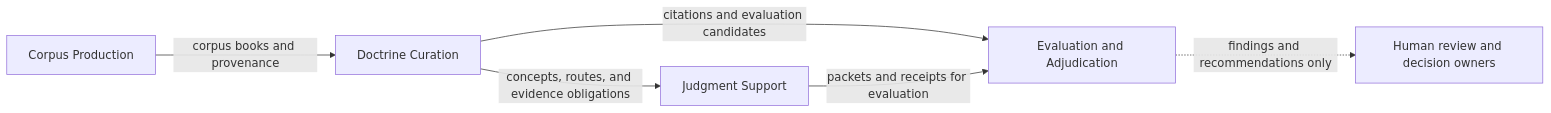
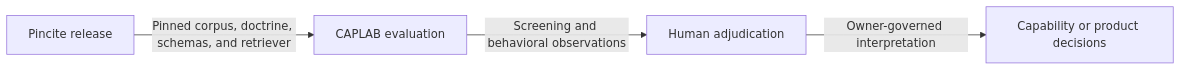
The diagram in docs/domain/context-map.md (halbritt/caplab), drawn with Mermaid before and after one commit. The commit also changed other lines of this file and 3239 other files, not shown here.

Commit message:
Separate Pincite and adopt CAPLAB identity

````diff
--- a/docs/domain/context-map.md
+++ b/docs/domain/context-map.md
@@ -28,8 +20,6 @@
 ```mermaid
 flowchart LR
-  CP[Corpus Production] -->|corpus books and provenance| DC[Doctrine Curation]
-  DC -->|concepts, routes, and evidence obligations| JS[Judgment Support]
-  DC -->|citations and evaluation candidates| EA[Evaluation and Adjudication]
-  JS -->|packets and receipts for evaluation| EA
-  EA -.->|findings and recommendations only| HR[Human review and decision owners]
+  P[Pincite release] -->|Pinned corpus, doctrine, schemas, and retriever| C[CAPLAB evaluation]
+  C -->|Screening and behavioral observations| H[Human adjudication]
+  H -->|Owner-governed interpretation| D[Capability or product decisions]
 ```
````
